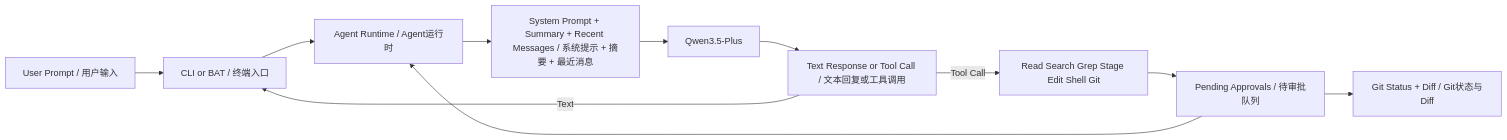
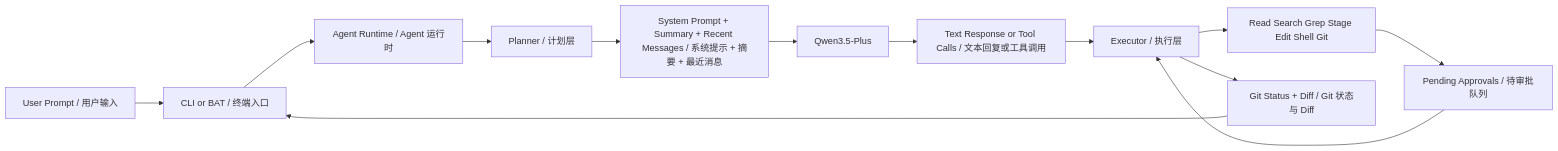
The diagram in README.md (CHEN2003-CHIP/pp-Echo), drawn with Mermaid before and after one commit. The commit also changed other lines of this file and 9 other files, not shown here.

````diff
--- a/README.md
+++ b/README.md
@@ -15,13 +16,15 @@
 ```mermaid
 flowchart LR
   U["User Prompt / 用户输入"] --> CLI["CLI or BAT / 终端入口"]
-  CLI --> RT["Agent Runtime / Agent运行时"]
-  RT --> CTX["System Prompt + Summary + Recent Messages / 系统提示 + 摘要 + 最近消息"]
+  CLI --> RT["Agent Runtime / Agent 运行时"]
+  RT --> PLAN["Planner / 计划层"]
+  PLAN --> CTX["System Prompt + Summary + Recent Messages / 系统提示 + 摘要 + 最近消息"]
   CTX --> LLM["Qwen3.5-Plus"]
-  LLM --> DECIDE["Text Response or Tool Call / 文本回复或工具调用"]
-  DECIDE -->|"Text"| CLI
-  DECIDE -->|"Tool Call"| TOOLS["Read Search Grep Stage Edit Shell Git"]
+  LLM --> DECIDE["Text Response or Tool Calls / 文本回复或工具调用"]
+  DECIDE --> EXEC["Executor / 执行层"]
+  EXEC --> TOOLS["Read Search Grep Stage Edit Shell Git"]
   TOOLS --> APPROVALS["Pending Approvals / 待审批队列"]
-  APPROVALS --> RT
-  APPROVALS --> REPO["Git Status + Diff / Git状态与Diff"]
+  APPROVALS --> EXEC
+  EXEC --> REPO["Git Status + Diff / Git 状态与 Diff"]
+  REPO --> CLI
 ```
````
